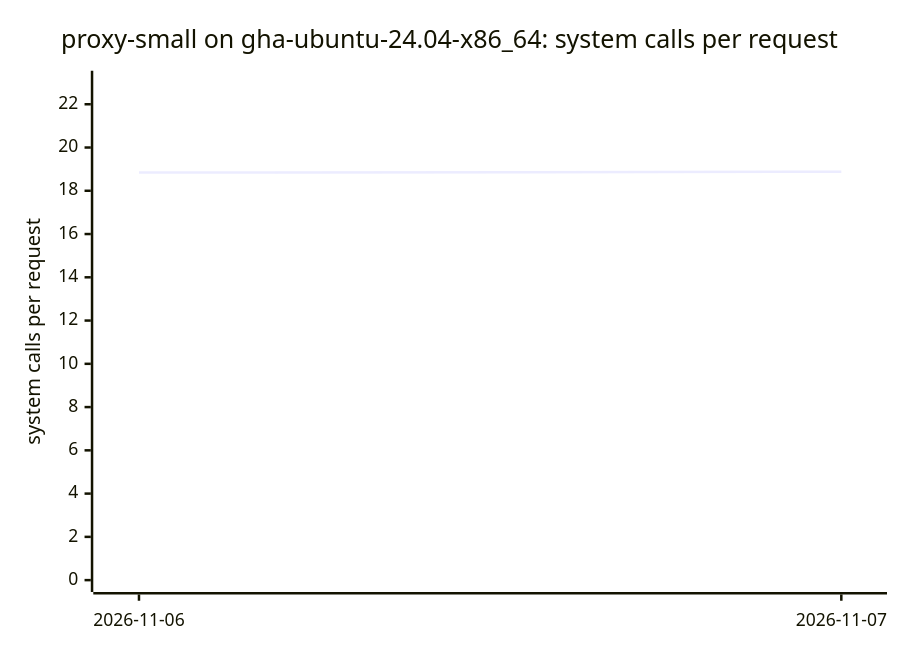
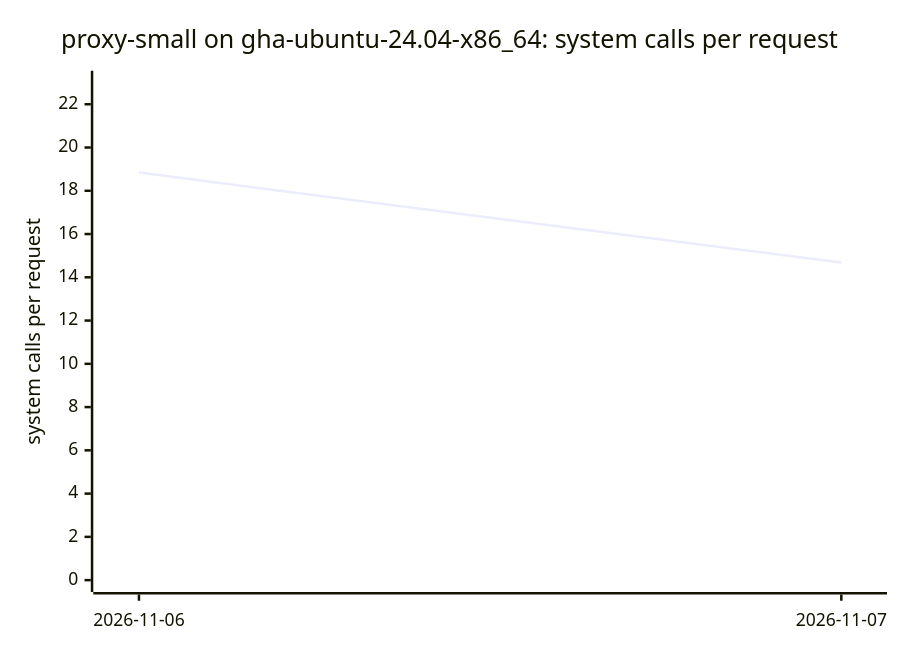
Before and after one commit to ThePixelPilgrim/durchlauferhitzer: diagram 12 of 16 in BENCHMARKS.md, drawn with Mermaid. The commit also changed other lines of this file and 1 other file, not shown here.

````diff
--- a/BENCHMARKS.md
+++ b/BENCHMARKS.md
@@ -126,7 +137,7 @@
 ```mermaid
 xychart-beta
   title "proxy-small on gha-ubuntu-24.04-x86_64: system calls per request"
   x-axis ["2026-11-06", "2026-11-07"]
   y-axis "system calls per request" 0 --> 23
-  line [18.84, 18.88]
+  line [18.84, 14.68]
 ```
````
